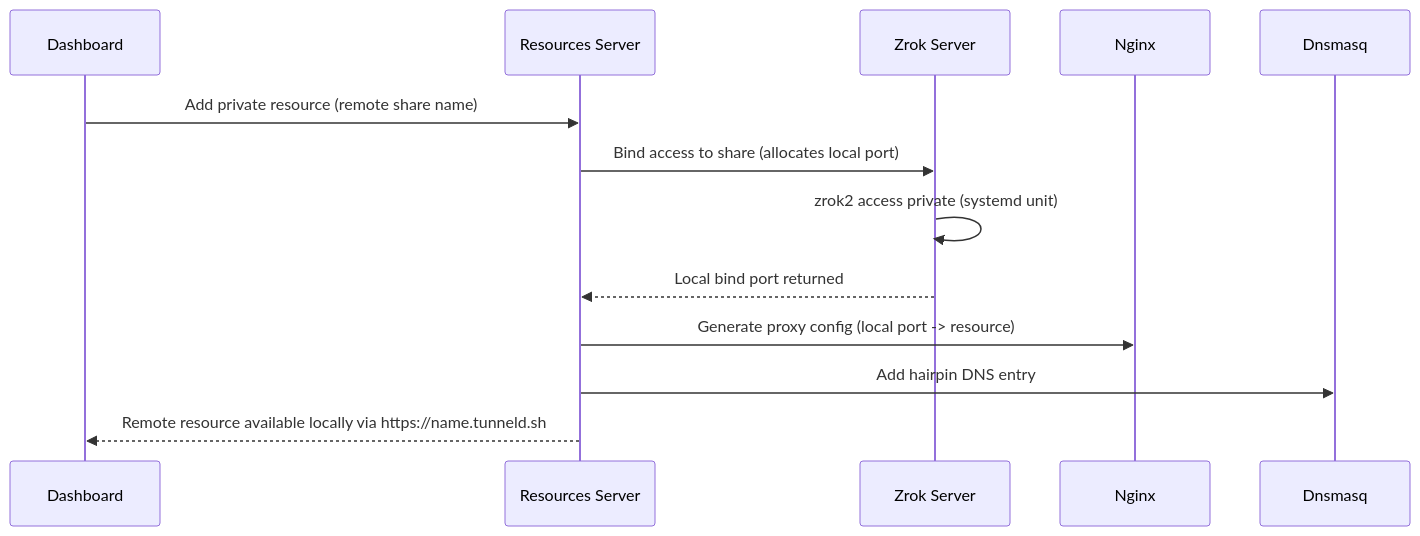
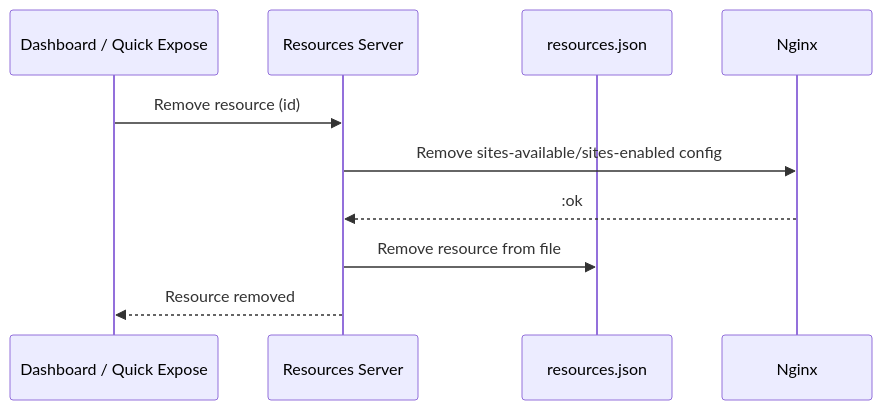
The third of 3 diagrams in docs/resource-lifecycle.md (toreanjoel/tunneld), drawn with Mermaid before and after one commit. The commit also changed other lines of this file and 42 other files, not shown here.

Commit message:
feat: remove zrok, wifi, sqm, mullvad, rebrand as ethernet-first edge relay, rename interface config to upstream/downstream, add netlink helper, consolidate installer, docs, landing

````diff
--- a/docs/resource-lifecycle.md
+++ b/docs/resource-lifecycle.md
@@ -63,16 +57,13 @@
 ```mermaid
 sequenceDiagram
-    participant User as Dashboard
+    participant User as Dashboard / Quick Expose
     participant Res as Resources Server
-    participant Zrok as Zrok Server
+    participant FS as resources.json
     participant Nginx as Nginx
-    participant DNS as Dnsmasq
 
-    User->>Res: Add private resource (remote share name)
-    Res->>Zrok: Bind access to share (allocates local port)
-    Zrok->>Zrok: zrok2 access private (systemd unit)
-    Zrok-->>Res: Local bind port returned
-    Res->>Nginx: Generate proxy config (local port -> resource)
-    Res->>DNS: Add hairpin DNS entry
-    Res-->>User: Remote resource available locally via https://name.tunneld.sh
+    User->>Res: Remove resource (id)
+    Res->>Nginx: Remove sites-available/sites-enabled config
+    Nginx-->>Res: :ok
+    Res->>FS: Remove resource from file
+    Res-->>User: Resource removed
 ```
````
